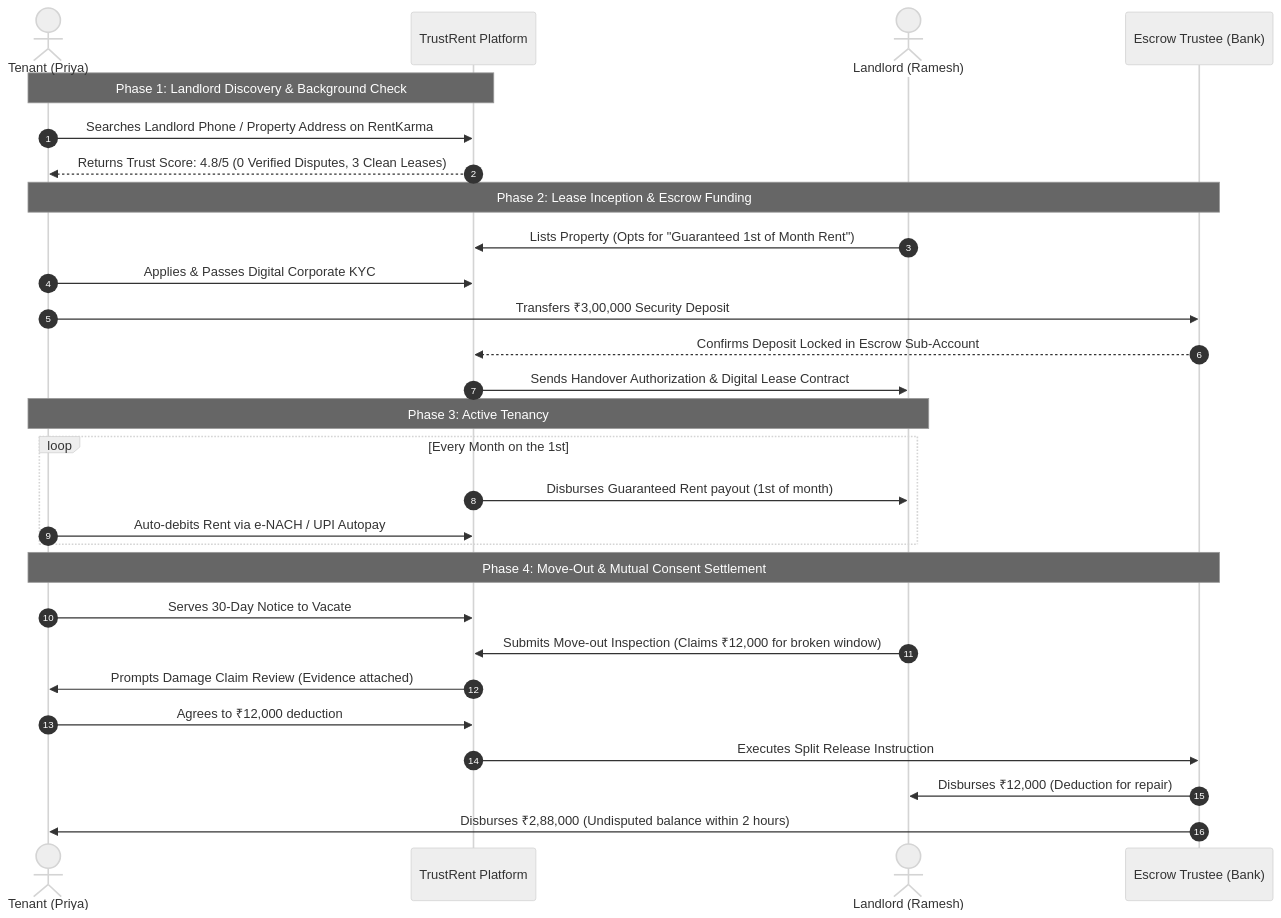
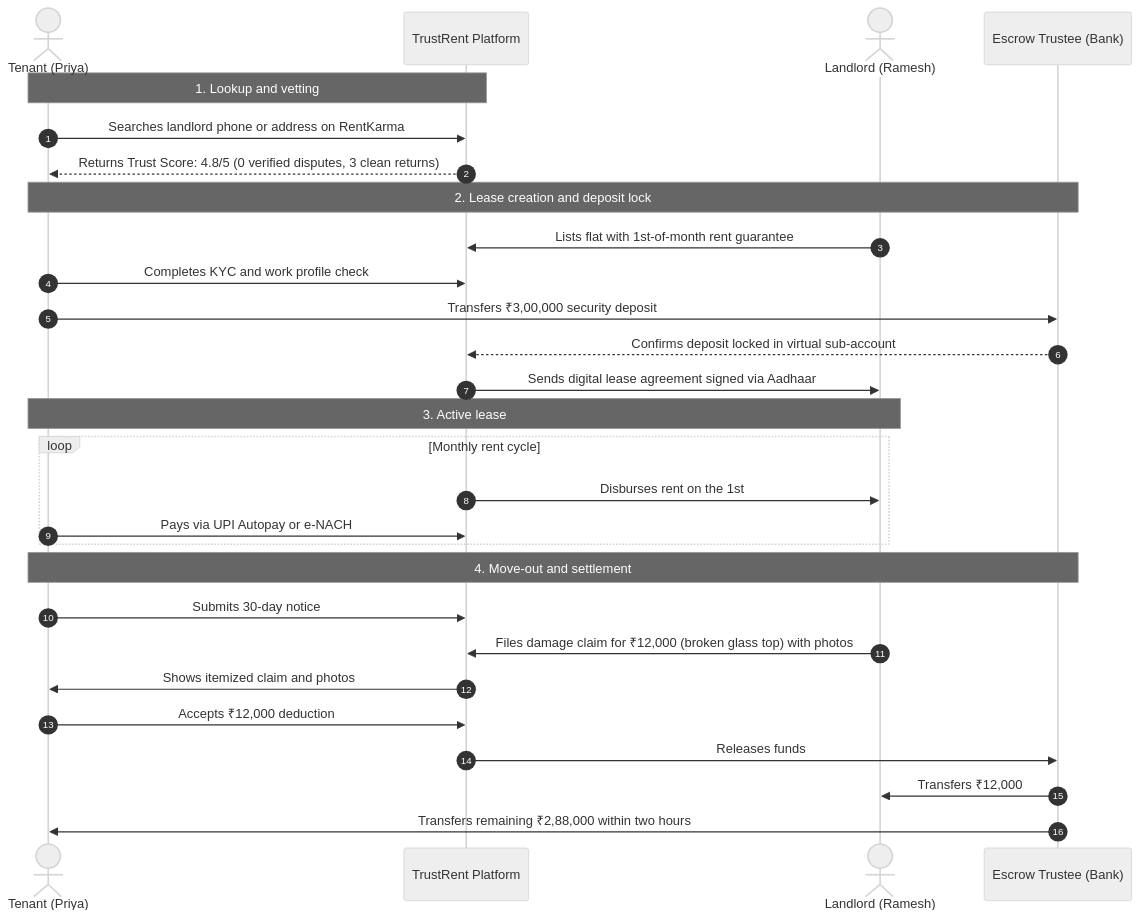
The first of 3 diagrams in PRD_AND_SYSTEM_ARCHITECTURE.md (its-debojyoti-dey/rental-escrow-platform), drawn with Mermaid (neutral theme) before and after one commit. The commit also changed other lines of this file and 1 other file, not shown here.

````diff
--- a/PRD_AND_SYSTEM_ARCHITECTURE.md
+++ b/PRD_AND_SYSTEM_ARCHITECTURE.md
@@ -45,34 +48,34 @@
 ```mermaid
 sequenceDiagram
     autonumber
     actor Tenant as Tenant (Priya)
     participant Platform as TrustRent Platform
     actor Landlord as Landlord (Ramesh)
     participant Escrow as Escrow Trustee (Bank)
 
-    Note over Tenant, Platform: Phase 1: Landlord Discovery & Background Check
-    Tenant->>Platform: Searches Landlord Phone / Property Address on RentKarma
-    Platform-->>Tenant: Returns Trust Score: 4.8/5 (0 Verified Disputes, 3 Clean Leases)
+    Note over Tenant, Platform: 1. Lookup and vetting
+    Tenant->>Platform: Searches landlord phone or address on RentKarma
+    Platform-->>Tenant: Returns Trust Score: 4.8/5 (0 verified disputes, 3 clean returns)
 
-    Note over Tenant, Escrow: Phase 2: Lease Inception & Escrow Funding
-    Landlord->>Platform: Lists Property (Opts for "Guaranteed 1st of Month Rent")
-    Tenant->>Platform: Applies & Passes Digital Corporate KYC
-    Tenant->>Escrow: Transfers ₹3,00,000 Security Deposit
-    Escrow-->>Platform: Confirms Deposit Locked in Escrow Sub-Account
-    Platform->>Landlord: Sends Handover Authorization & Digital Lease Contract
+    Note over Tenant, Escrow: 2. Lease creation and deposit lock
+    Landlord->>Platform: Lists flat with 1st-of-month rent guarantee
+    Tenant->>Platform: Completes KYC and work profile check
+    Tenant->>Escrow: Transfers ₹3,00,000 security deposit
+    Escrow-->>Platform: Confirms deposit locked in virtual sub-account
+    Platform->>Landlord: Sends digital lease agreement signed via Aadhaar
 
-    Note over Tenant, Landlord: Phase 3: Active Tenancy
-    loop Every Month on the 1st
-        Platform->>Landlord: Disburses Guaranteed Rent payout (1st of month)
-        Tenant->>Platform: Auto-debits Rent via e-NACH / UPI Autopay
+    Note over Tenant, Landlord: 3. Active lease
+    loop Monthly rent cycle
+        Platform->>Landlord: Disburses rent on the 1st
+        Tenant->>Platform: Pays via UPI Autopay or e-NACH
     end
 
-    Note over Tenant, Escrow: Phase 4: Move-Out & Mutual Consent Settlement
-    Tenant->>Platform: Serves 30-Day Notice to Vacate
-    Landlord->>Platform: Submits Move-out Inspection (Claims ₹12,000 for broken window)
-    Platform->>Tenant: Prompts Damage Claim Review (Evidence attached)
-    Tenant->>Platform: Agrees to ₹12,000 deduction
-    Platform->>Escrow: Executes Split Release Instruction
-    Escrow->>Landlord: Disburses ₹12,000 (Deduction for repair)
-    Escrow->>Tenant: Disburses ₹2,88,000 (Undisputed balance within 2 hours)
+    Note over Tenant, Escrow: 4. Move-out and settlement
+    Tenant->>Platform: Submits 30-day notice
+    Landlord->>Platform: Files damage claim for ₹12,000 (broken glass top) with photos
+    Platform->>Tenant: Shows itemized claim and photos
+    Tenant->>Platform: Accepts ₹12,000 deduction
+    Platform->>Escrow: Releases funds
+    Escrow->>Landlord: Transfers ₹12,000
+    Escrow->>Tenant: Transfers remaining ₹2,88,000 within two hours
 ```
````
